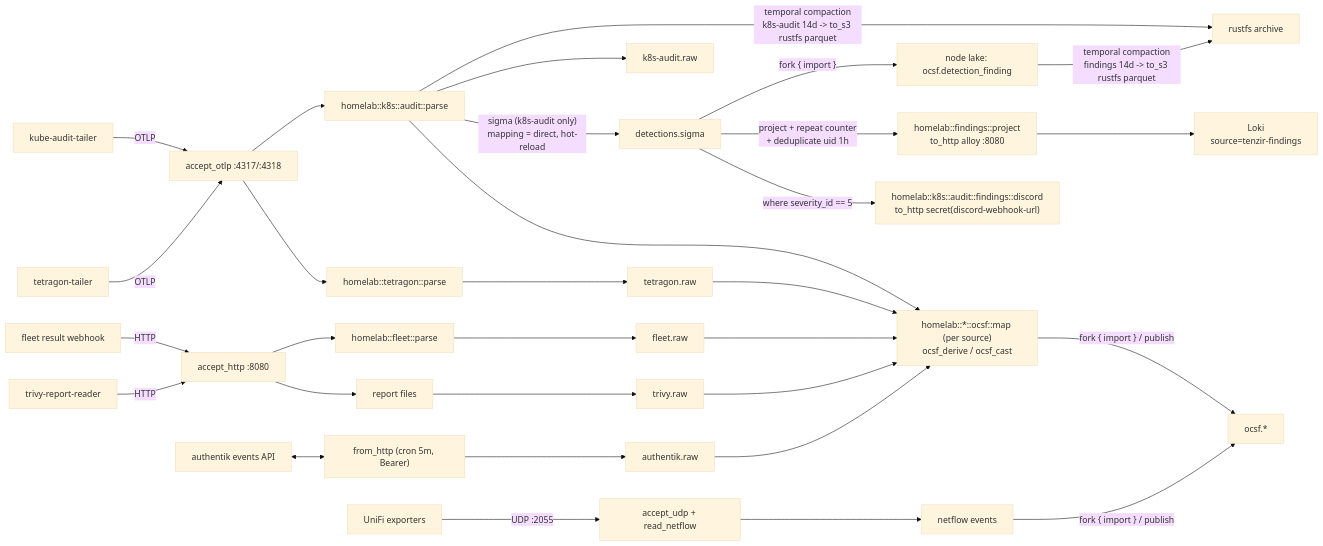
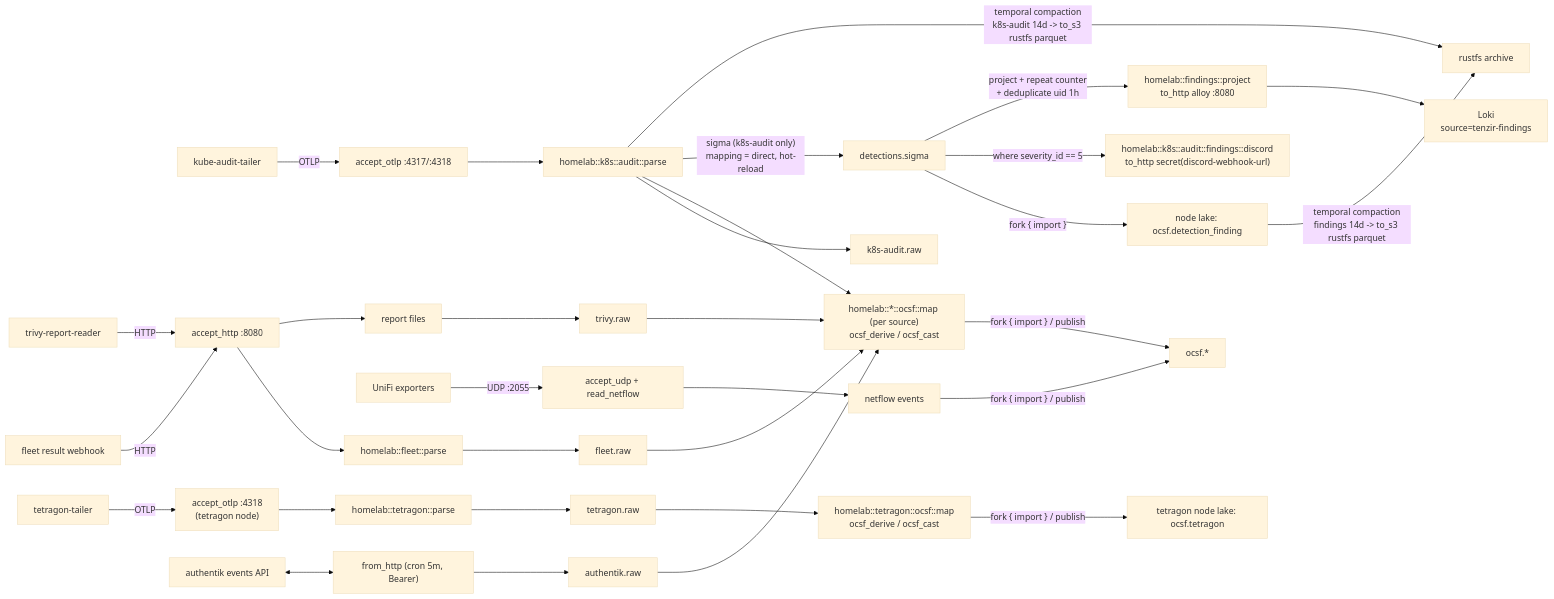
Before and after one commit to Apocrathia/homelab: the diagram in flux/manifests/03-services/observability/tenzir/README.md, drawn with Mermaid (base theme). The commit also changed other lines of this file and 6 other files, not shown here.

````diff
--- a/flux/manifests/03-services/observability/tenzir/README.md
+++ b/flux/manifests/03-services/observability/tenzir/README.md
@@ -31,31 +45,32 @@
 ```mermaid
 flowchart LR
     KAT[kube-audit-tailer] -- OTLP --> AO["accept_otlp :4317/:4318"]
-    TT[tetragon-tailer] -- OTLP --> AO
+    TT[tetragon-tailer] -- OTLP --> AOT["accept_otlp :4318<br/>(tetragon node)"]
     FRW[fleet result webhook] -- HTTP --> AH["accept_http :8080"]
     TRR[trivy-report-reader] -- HTTP --> AH
     AE[authentik events API] <--> FH["from_http (cron 5m, Bearer)"]
     UE[UniFi exporters] -- "UDP :2055" --> NF[accept_udp + read_netflow]
 
     AO --> KA[homelab::k8s::audit::parse] --> KR[k8s-audit.raw]
-    AO --> TP[homelab::tetragon::parse] --> TR[tetragon.raw]
+    AOT --> TP[homelab::tetragon::parse] --> TR[tetragon.raw]
     AH --> FP[homelab::fleet::parse] --> FR[fleet.raw]
     AH --> RF[report files] --> TB[trivy.raw]
     FH --> AR[authentik.raw]
     NF --> NB[netflow events]
 
     KA --> MAP["homelab::*::ocsf::map (per source)<br/>ocsf_derive / ocsf_cast"]
-    TR --> MAP
     FR --> MAP
     TB --> MAP
     AR --> MAP
     MAP -- "fork { import } / publish" --> OCSF[ocsf.*]
     NB -- "fork { import } / publish" --> OCSF
+    TR --> TMAP["homelab::tetragon::ocsf::map<br/>ocsf_derive / ocsf_cast"]
+    TMAP -- "fork { import } / publish" --> TLAKE[tetragon node lake: ocsf.tetragon]
 
     KA -- "sigma (k8s-audit only)<br/>mapping = direct, hot-reload" --> SIG[detections.sigma]
     SIG -- "fork { import }" --> LAKE[node lake: ocsf.detection_finding]
     SIG -- "where severity_id == 5" --> DC["homelab::k8s::audit::findings::discord<br/>to_http secret(discord-webhook-url)"]
     SIG -- "project + repeat counter<br/>+ deduplicate uid 1h" --> LK["homelab::findings::project<br/>to_http alloy :8080"] --> LOKI[Loki<br/>source=tenzir-findings]
     KA -- "temporal compaction<br/>k8s-audit 14d -> to_s3 rustfs parquet" --> S3[rustfs archive]
     LAKE -- "temporal compaction<br/>findings 14d -> to_s3 rustfs parquet" --> S3
 ```
````
